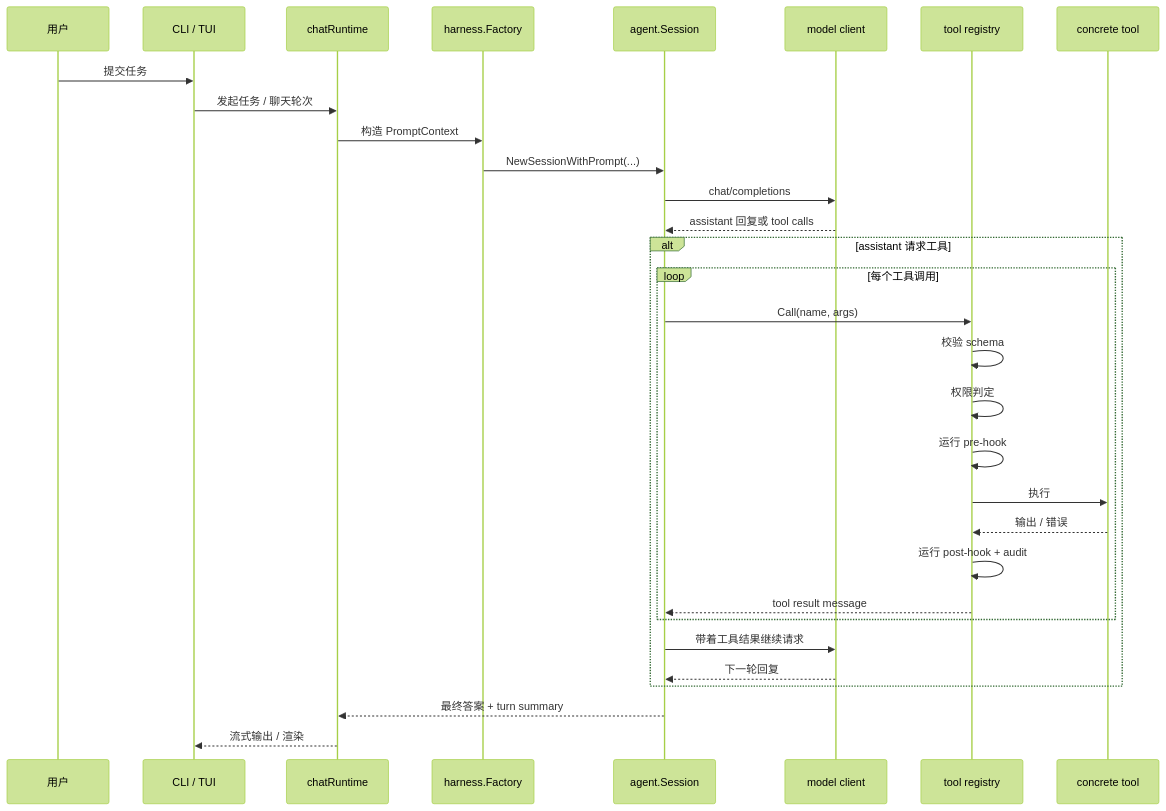
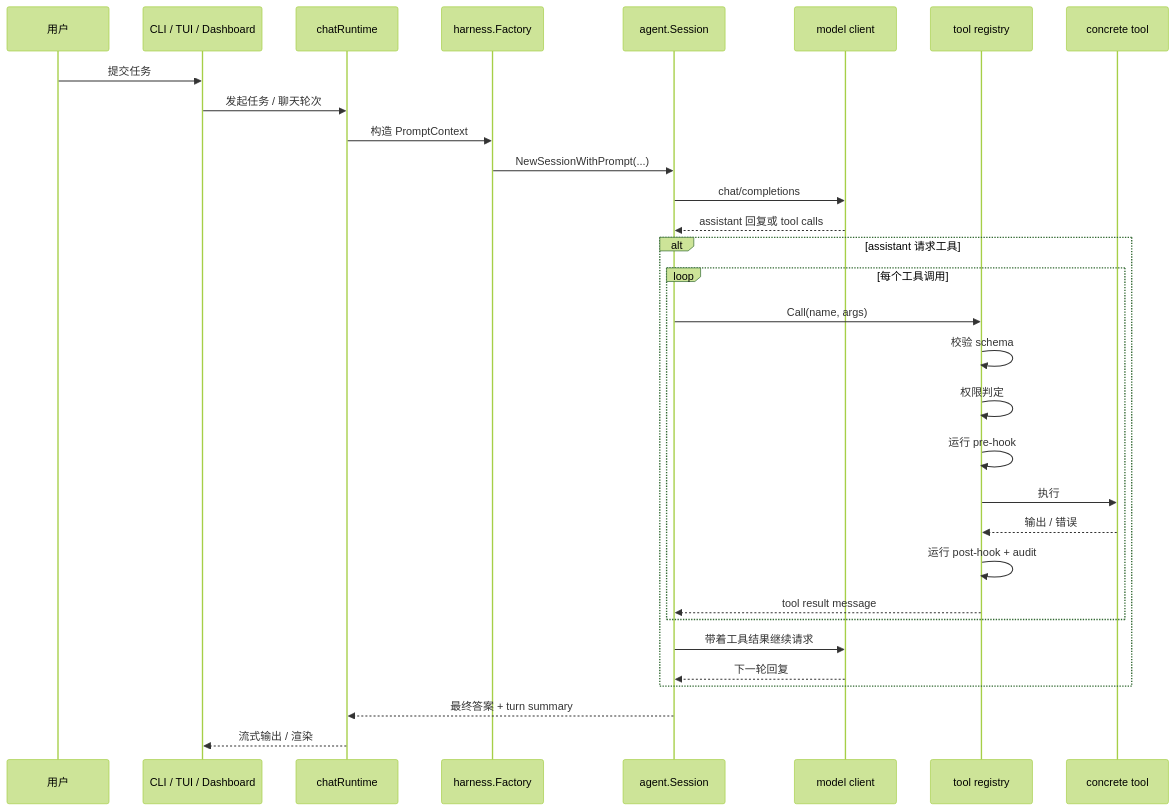
One commit to axeprpr/tiny-agent-cli changed the second of 4 diagrams in README.zh-CN.md. Above: the diagram before and after it, drawn with Mermaid (forest theme). The commit also changed other lines of this file and 4 other files, not shown here.

````diff
--- a/README.zh-CN.md
+++ b/README.zh-CN.md
@@ -81,36 +104,36 @@
 ```mermaid
 sequenceDiagram
     participant User as 用户
-    participant UI as CLI / TUI
+    participant UI as CLI / TUI / Dashboard
     participant Runtime as chatRuntime
     participant Factory as harness.Factory
     participant Session as agent.Session
     participant Model as model client
     participant Registry as tool registry
     participant Tool as concrete tool
 
     User->>UI: 提交任务
     UI->>Runtime: 发起任务 / 聊天轮次
     Runtime->>Factory: 构造 PromptContext
     Factory->>Session: NewSessionWithPrompt(...)
     Session->>Model: chat/completions
     Model-->>Session: assistant 回复或 tool calls
 
     alt assistant 请求工具
         loop 每个工具调用
             Session->>Registry: Call(name, args)
             Registry->>Registry: 校验 schema
             Registry->>Registry: 权限判定
             Registry->>Registry: 运行 pre-hook
             Registry->>Tool: 执行
             Tool-->>Registry: 输出 / 错误
             Registry->>Registry: 运行 post-hook + audit
             Registry-->>Session: tool result message
         end
         Session->>Model: 带着工具结果继续请求
         Model-->>Session: 下一轮回复
     end
 
     Session-->>Runtime: 最终答案 + turn summary
     Runtime-->>UI: 流式输出 / 渲染
 ```
````
